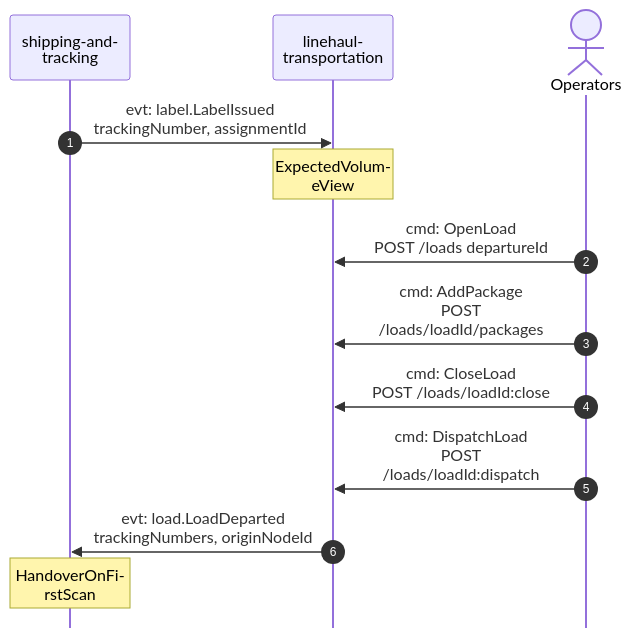
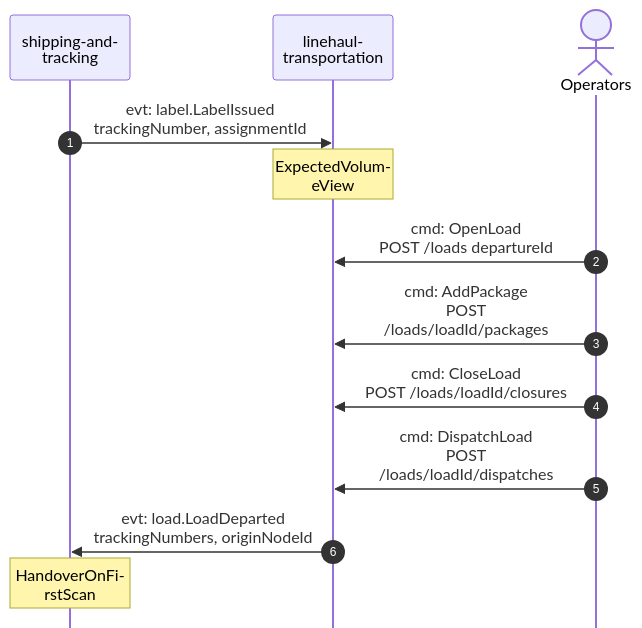
The third of 5 diagrams in network/docs/contexts/linehaul-transportation/domain-message-flow.md (IQVO/warehouse-docs), drawn with Mermaid before and after one commit. The commit also changed 272 other files, not shown here.

````diff
--- a/network/docs/contexts/linehaul-transportation/domain-message-flow.md
+++ b/network/docs/contexts/linehaul-transportation/domain-message-flow.md
@@ -89,16 +89,16 @@
 ```mermaid
 %%{init: {"sequence": {"wrap": true, "width": 120, "actorMargin": 24, "messageMargin": 28, "boxMargin": 6, "noteMargin": 6, "mirrorActors": false}}}%%
 sequenceDiagram
     autonumber
     participant ST as shipping-and-<br/>tracking
     participant LH as linehaul-<br/>transportation
     actor OP as Operators
     ST->>LH: evt: label.LabelIssued<br/>trackingNumber, assignmentId
     Note over LH: ExpectedVolumeView
     OP->>LH: cmd: OpenLoad<br/>POST /loads departureId
     OP->>LH: cmd: AddPackage<br/>POST /loads/loadId/packages
-    OP->>LH: cmd: CloseLoad<br/>POST /loads/loadId:close
-    OP->>LH: cmd: DispatchLoad<br/>POST /loads/loadId:dispatch
+    OP->>LH: cmd: CloseLoad<br/>POST /loads/loadId/closures
+    OP->>LH: cmd: DispatchLoad<br/>POST /loads/loadId/dispatches
     LH->>ST: evt: load.LoadDeparted<br/>trackingNumbers, originNodeId
     Note over ST: HandoverOnFirstScan
 ```
````
